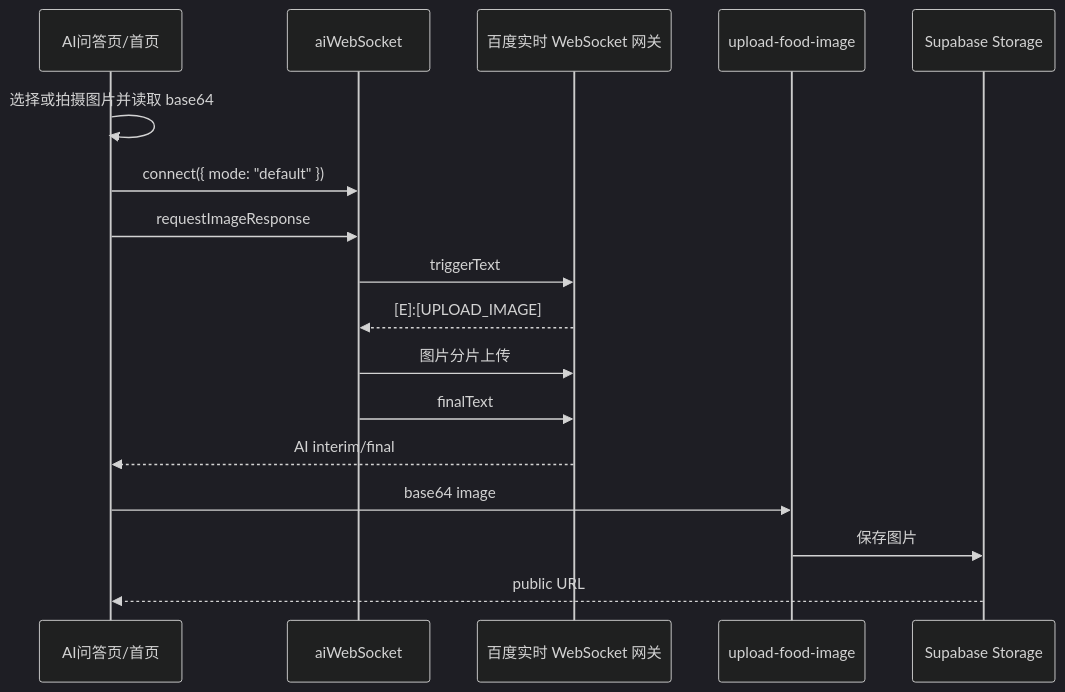
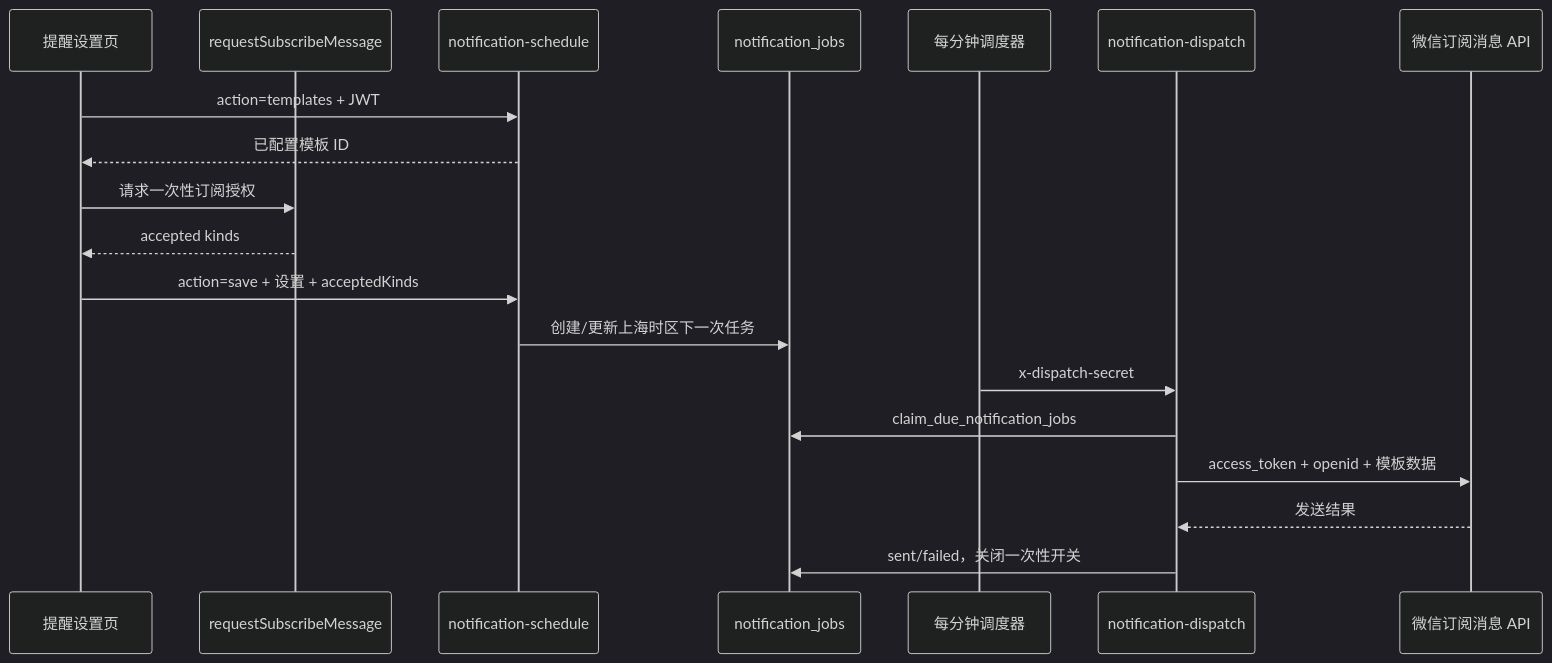
Diagram 20 of 22 in docs/system-architecture-current-report.md (pipiwolve/HealthCare), drawn with Mermaid (dark theme) before and after one commit. The commit also changed other lines of this file and 64 other files, not shown here.

````diff
--- a/docs/system-architecture-current-report.md
+++ b/docs/system-architecture-current-report.md
@@ -171,20 +714,22 @@
 ```mermaid
 sequenceDiagram
-  participant Page as AI问答页/首页
-  participant WSClient as aiWebSocket
-  participant Gateway as 百度实时 WebSocket 网关
-  participant Upload as upload-food-image
-  participant Storage as Supabase Storage
+  participant Page as 提醒设置页
+  participant WXClient as requestSubscribeMessage
+  participant Schedule as notification-schedule
+  participant DB as notification_jobs
+  participant Cron as 每分钟调度器
+  participant Dispatch as notification-dispatch
+  participant WXAPI as 微信订阅消息 API
 
-  Page->>Page: 选择或拍摄图片并读取 base64
-  Page->>WSClient: connect({ mode: "default" })
-  Page->>WSClient: requestImageResponse
-  WSClient->>Gateway: triggerText
-  Gateway-->>WSClient: [E]:[UPLOAD_IMAGE]
-  WSClient->>Gateway: 图片分片上传
-  WSClient->>Gateway: finalText
-  Gateway-->>Page: AI interim/final
-  Page->>Upload: base64 image
-  Upload->>Storage: 保存图片
-  Storage-->>Page: public URL
+  Page->>Schedule: action=templates + JWT
+  Schedule-->>Page: 已配置模板 ID
+  Page->>WXClient: 请求一次性订阅授权
+  WXClient-->>Page: accepted kinds
+  Page->>Schedule: action=save + 设置 + acceptedKinds
+  Schedule->>DB: 创建/更新上海时区下一次任务
+  Cron->>Dispatch: x-dispatch-secret
+  Dispatch->>DB: claim_due_notification_jobs
+  Dispatch->>WXAPI: access_token + openid + 模板数据
+  WXAPI-->>Dispatch: 发送结果
+  Dispatch->>DB: sent/failed，关闭一次性开关
 ```
````
